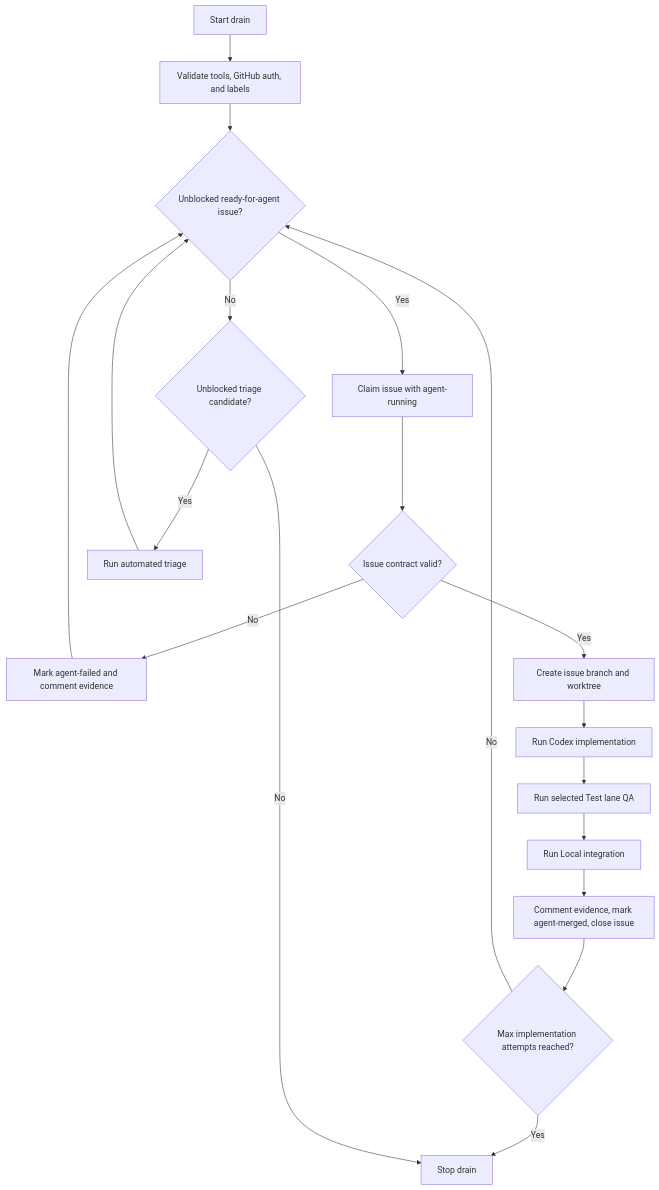
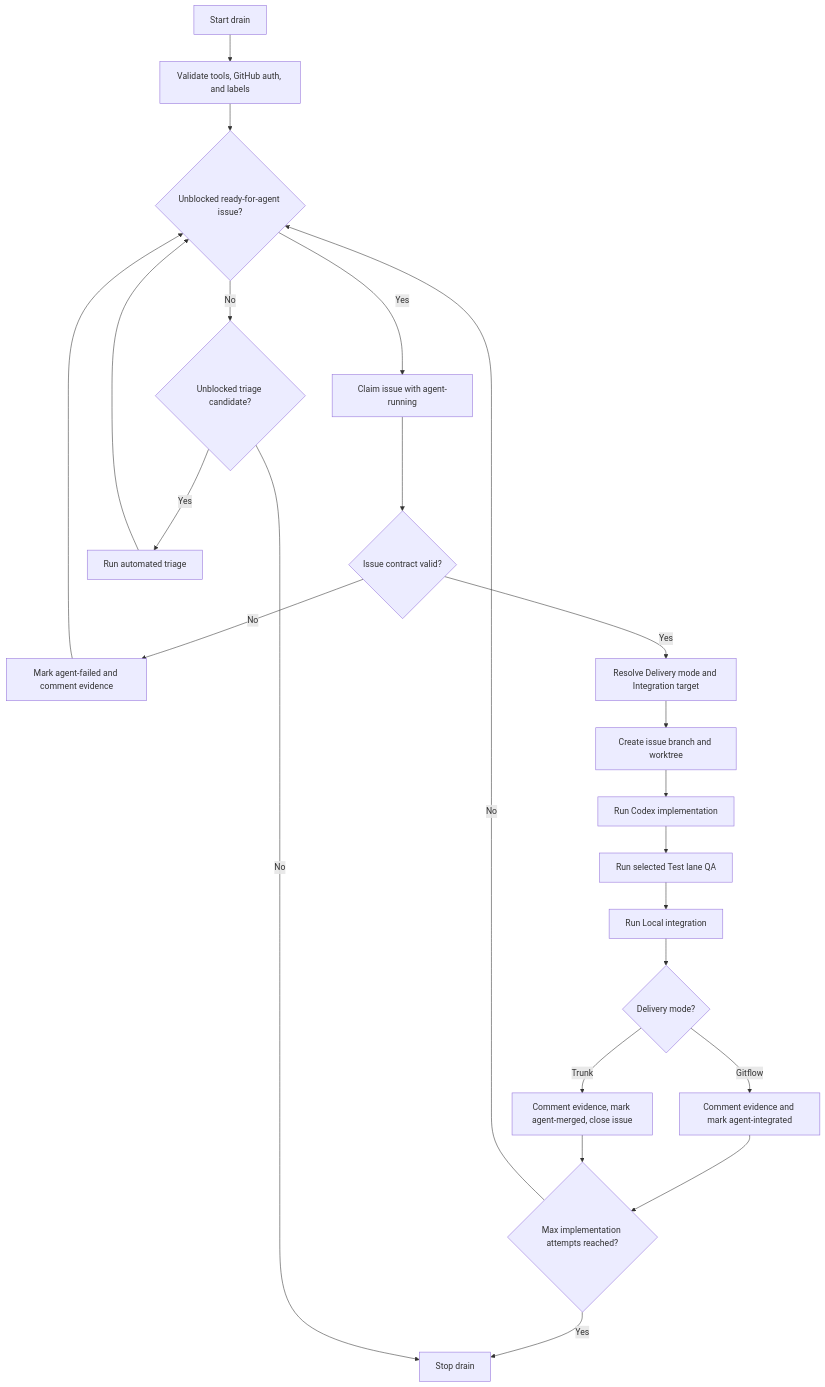
One commit to Chr1sC0de/energy-market-delta-lake changed the first of 2 diagrams in docs/agent-issue-loop.md. Above: the diagram before and after it, drawn with Mermaid. The commit also changed other lines of this file and 14 other files, not shown here.

````diff
--- a/docs/agent-issue-loop.md
+++ b/docs/agent-issue-loop.md
@@ -37,21 +50,25 @@
 ```mermaid
 flowchart TD
   START[Start drain] --> PREFLIGHT[Validate tools, GitHub auth, and labels]
   PREFLIGHT --> READY{Unblocked ready-for-agent issue?}
   READY -->|Yes| CLAIM[Claim issue with agent-running]
   CLAIM --> CONTRACT{Issue contract valid?}
   CONTRACT -->|No| FAIL[Mark agent-failed and comment evidence]
-  CONTRACT -->|Yes| WORKTREE[Create issue branch and worktree]
+  CONTRACT -->|Yes| MODE[Resolve Delivery mode and Integration target]
+  MODE --> WORKTREE[Create issue branch and worktree]
   WORKTREE --> CODEX[Run Codex implementation]
   CODEX --> QA[Run selected Test lane QA]
   QA --> INTEGRATE[Run Local integration]
-  INTEGRATE --> CLOSE[Comment evidence, mark agent-merged, close issue]
-  CLOSE --> LIMIT{Max implementation attempts reached?}
+  INTEGRATE --> DONE{Delivery mode?}
+  DONE -->|Gitflow| STAGE[Comment evidence and mark agent-integrated]
+  DONE -->|Trunk| CLOSE[Comment evidence, mark agent-merged, close issue]
+  STAGE --> LIMIT{Max implementation attempts reached?}
+  CLOSE --> LIMIT
   LIMIT -->|No| READY
   LIMIT -->|Yes| STOP[Stop drain]
   READY -->|No| TRIAGE{Unblocked triage candidate?}
   TRIAGE -->|Yes| TRIAGEPASS[Run automated triage]
   TRIAGEPASS --> READY
   TRIAGE -->|No| STOP
   FAIL --> READY
 ```
````
